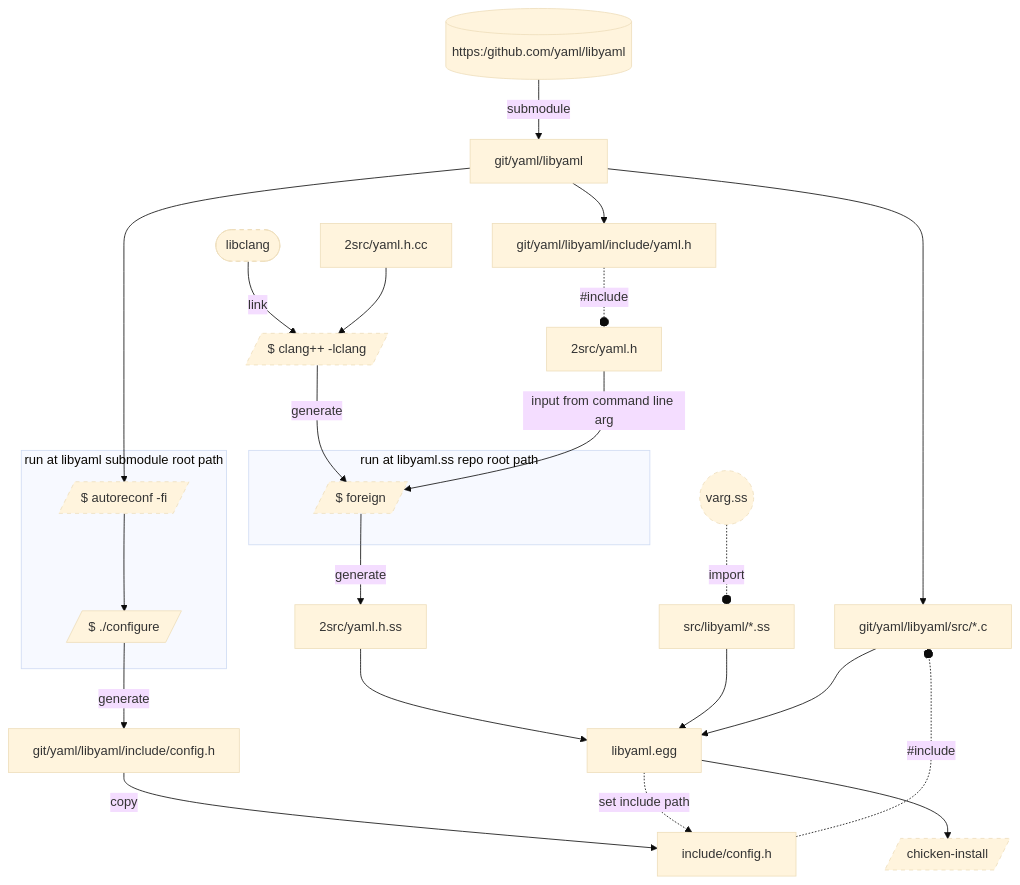
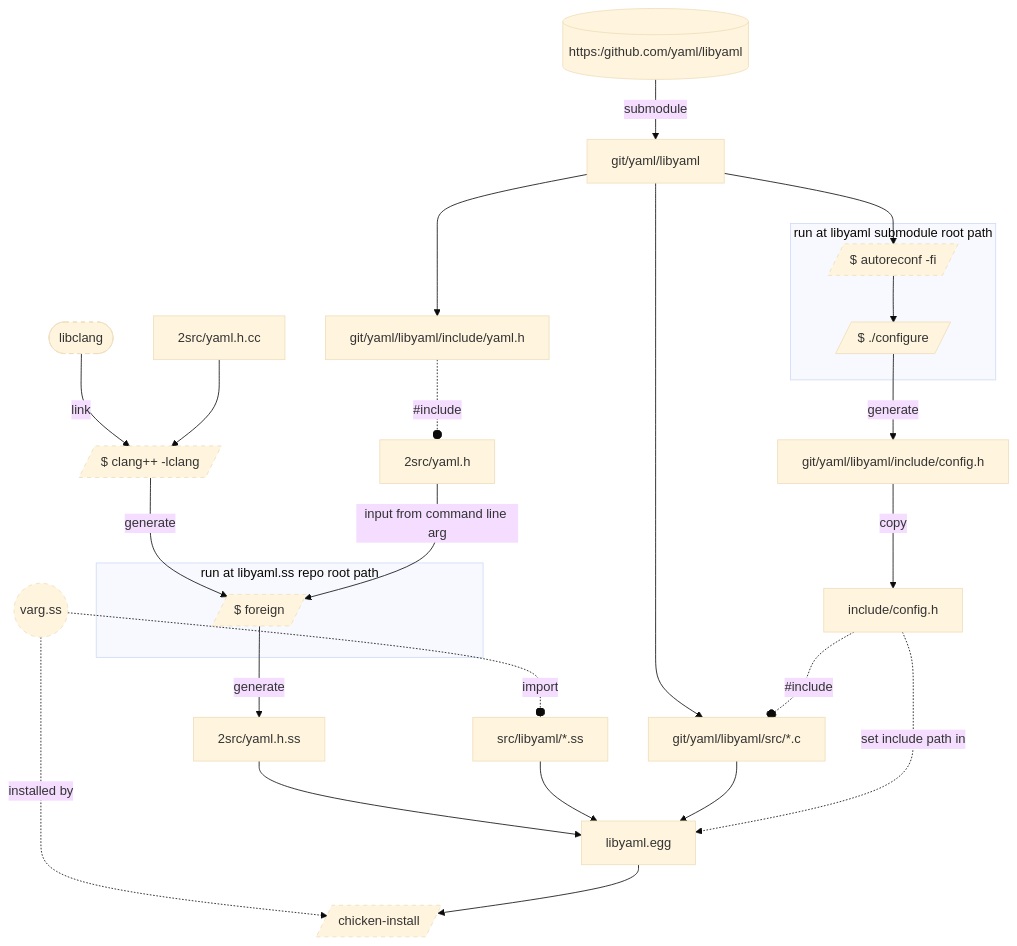
Before and after one commit to riku-ri/libyaml.ss: the diagram in docs/dev.md, drawn with Mermaid (base theme).

````diff
--- a/docs/dev.md
+++ b/docs/dev.md
@@ -5,54 +5,56 @@
 ```mermaid
 flowchart
 
 yaml/libyaml[(https:/github.com/yaml/libyaml)]
 --submodule--> git/yaml/libyaml --> git/yaml/libyaml/src/*.c
 
 libclang([libclang])
 --link--> clang++[/clang++ -lclang/]
 style libclang stroke-dasharray: 5 5
 2src/yaml.h.cc
 --> clang++[/clang++ -lclang/]
 style clang++ stroke-dasharray: 5 5
 clang++[/$ clang++ -lclang/]
 --generate --> foreign[/$ foreign/]
 style foreign stroke-dasharray: 5 5
 
 git/yaml/libyaml
 --> git/yaml/libyaml/include/yaml.h
 -. #include .-o 2src/yaml.h
 --input from command line arg-->foreign
 
 subgraph "run at libyaml.ss repo root path"
 foreign
 end
 
 foreign
 --generate--> 2src/yaml.h.ss
 
 2src/yaml.h.ss
 --> libyaml.egg
 style varg.ss stroke-dasharray: 5 5
 varg.ss((varg.ss))
 -. import .-o src/libyaml/*.ss
 --> libyaml.egg
+varg.ss -. installed by .-> chicken-install
 
 git/yaml/libyaml
 --> autoreconf[/$ autoreconf -fi/]
 style autoreconf stroke-dasharray: 5 5
 subgraph "run at libyaml submodule root path"
 autoreconf --> configure[/$ ./configure/]
 end
 
 configure
 --generate--> git/yaml/libyaml/include/config.h
 --copy--> include/config.h
 -. #include .-o git/yaml/libyaml/src/*.c
 --> libyaml.egg
 
-libyaml.egg -. set include path .-> include/config.h
+include/config.h
+-. set include path in .-> libyaml.egg 
 
 libyaml.egg
 --> chicken-install[/chicken-install/]
 style chicken-install stroke-dasharray: 5 5
 ```
````
